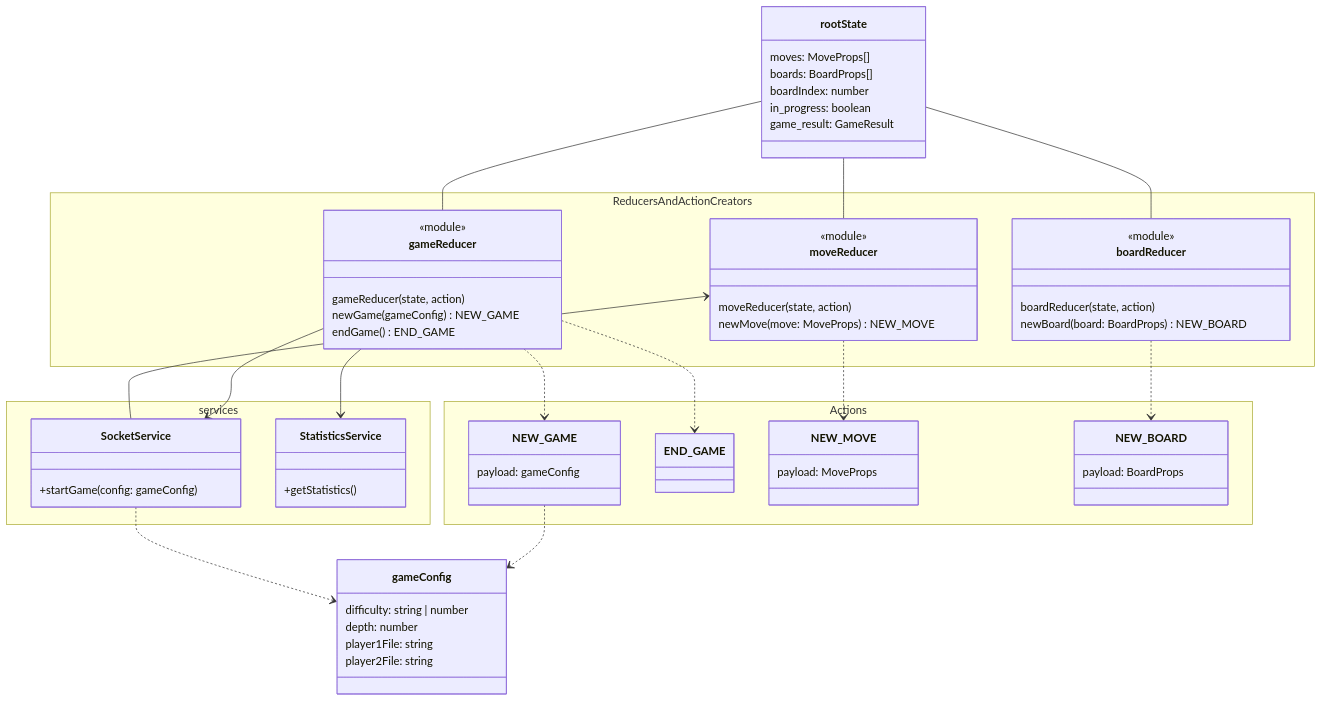
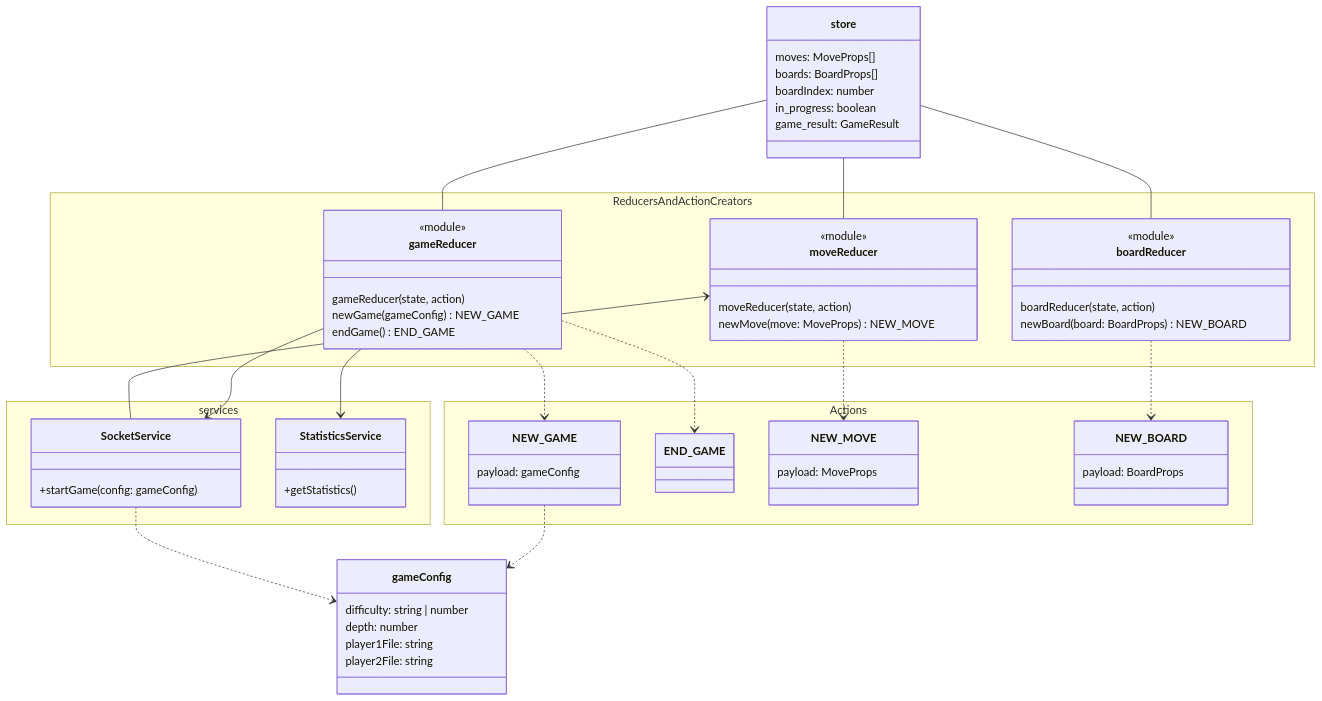
One commit to game-ai-platform-team/tira-ai-platform changed the fifth of 5 diagrams in docs/architecture.md. Above: the diagram before and after it, drawn with Mermaid. The commit also changed other lines of this file, not shown here.

Commit message:
docs: Rename rootState to store

````diff
--- a/docs/architecture.md
+++ b/docs/architecture.md
@@ -222,83 +222,83 @@
 ```mermaid
 classDiagram
 
-rootState -- moveReducer
-rootState -- gameReducer
-rootState -- boardReducer
+store -- moveReducer
+store -- gameReducer
+store -- boardReducer
 
 gameReducer ..> NEW_GAME
 gameReducer ..> END_GAME
 moveReducer ..> NEW_MOVE
 boardReducer ..> NEW_BOARD
 NEW_GAME ..> gameConfig
 
 gameReducer --> SocketService
 gameReducer --> StatisticsService
 moveReducer <-- SocketService
 
 SocketService ..> gameConfig
 
 namespace services {
     class SocketService {
         +startGame(config: gameConfig)
     }
 
     class StatisticsService {
         +getStatistics()
     }
 }
 
 class gameConfig {
     difficulty: string | number
     depth: number
     player1File: string
     player2File: string
 }
 
-class rootState {
+class store {
     moves: MoveProps[]
     boards: BoardProps[]
     boardIndex: number
     in_progress: boolean
     game_result: GameResult
 }
 
 
 namespace ReducersAndActionCreators {
     class moveReducer {
         <<module>>
         moveReducer(state, action)
         newMove(move: MoveProps) NEW_MOVE
     }
 
     class gameReducer {
         <<module>>
         gameReducer(state, action)
         newGame(gameConfig) NEW_GAME
         endGame() END_GAME
     }
 
     class boardReducer {
         <<module>>
         boardReducer(state, action)
         newBoard(board: BoardProps) NEW_BOARD
     }
 }
 
 namespace Actions {
     class NEW_MOVE {
         payload: MoveProps
     }
 
     class NEW_BOARD {
         payload: BoardProps
     }
 
     class NEW_GAME {
         payload: gameConfig
     }
 
     class END_GAME
 }
 
 ```
````
